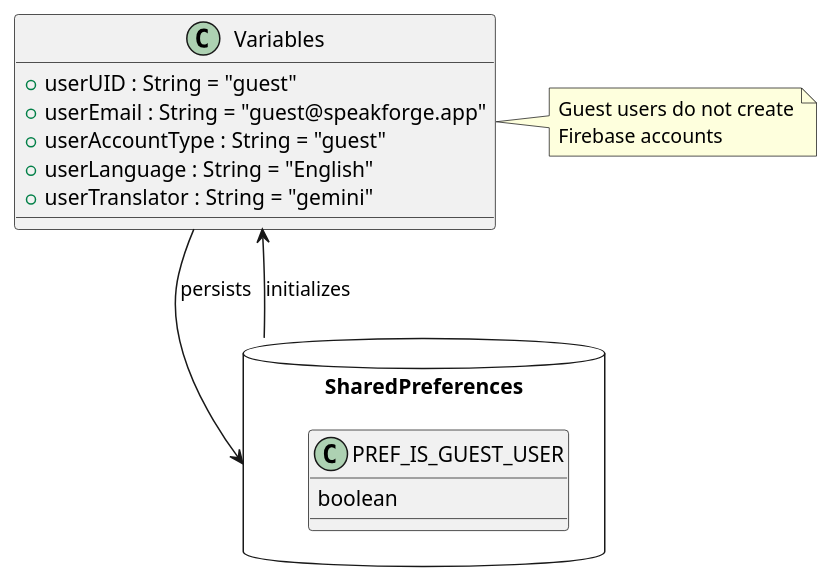
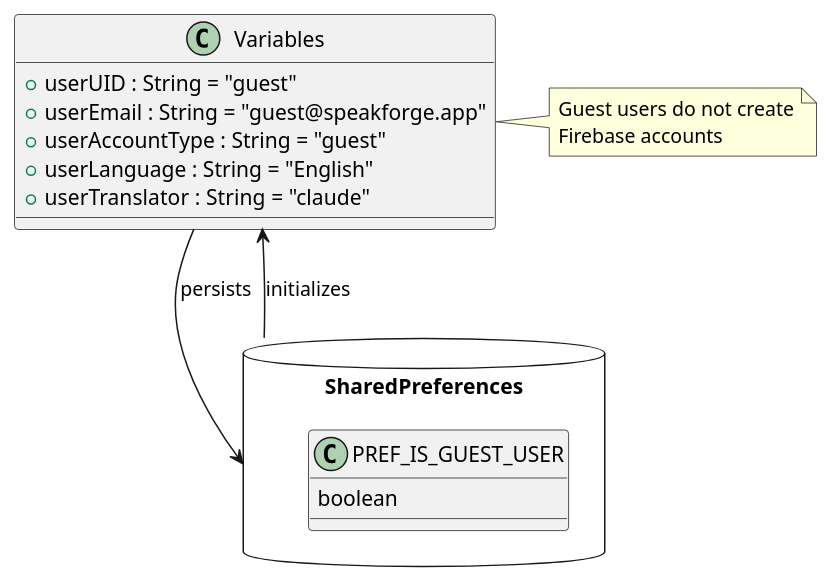
The third of 3 diagrams in mobileapp/docs/1.1 Guest Login.md (mhartkhiss/speakforge-capstone2), drawn with PlantUML before and after one commit. The commit also changed other lines of this file and 9 other files, not shown here.

Commit message:
Update default translator from "gemini" to "claude" across multiple components for consistency in guest user experience and translation functionality.

````diff
--- a/mobileapp/docs/1.1 Guest Login.md
+++ b/mobileapp/docs/1.1 Guest Login.md
@@ -86,22 +86,22 @@
 ```plantuml
 @startuml Guest Login Data Design Diagram
 
 database "SharedPreferences" as Prefs {
   PREF_IS_GUEST_USER : boolean
 }
 
 class Variables {
   +userUID : String = "guest"
   +userEmail : String = "guest@speakforge.app"
   +userAccountType : String = "guest"
   +userLanguage : String = "English"
-  +userTranslator : String = "gemini"
+  +userTranslator : String = "claude"
 }
 
 note right: Guest users do not create\nFirebase accounts
 
 Prefs --> Variables : initializes
 Variables --> Prefs : persists
 
 @enduml
 ```
````
